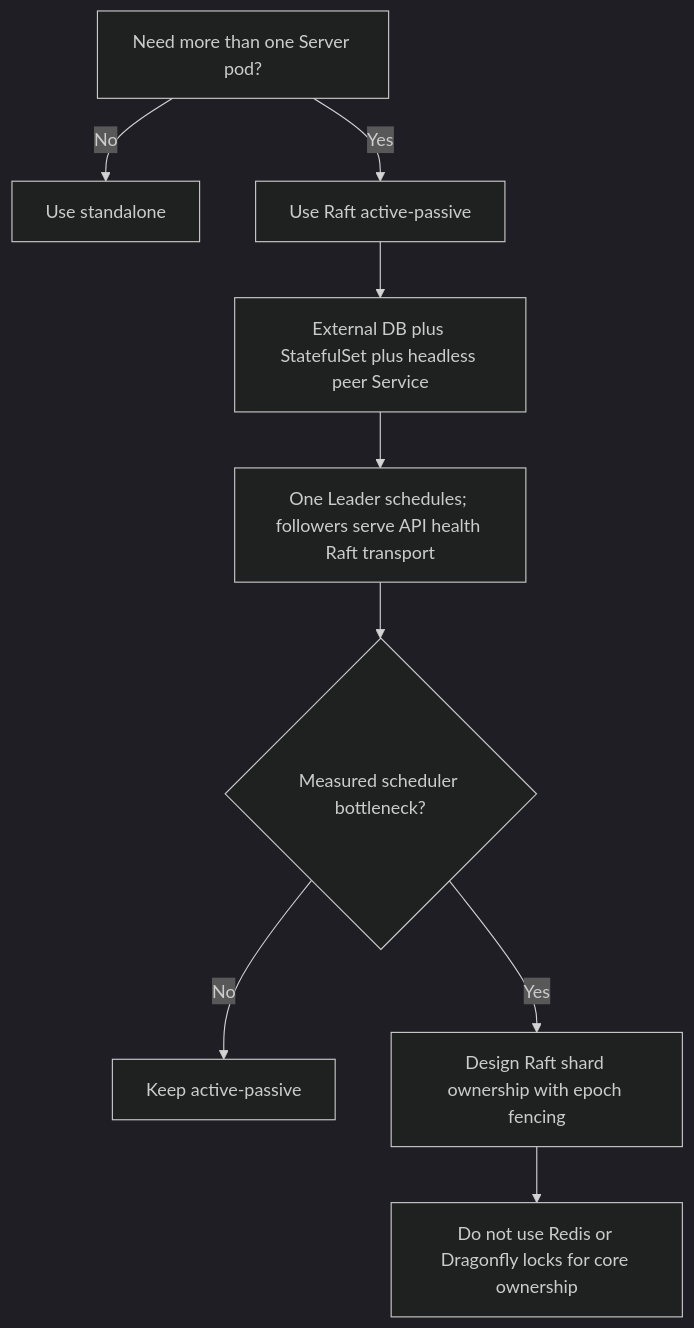
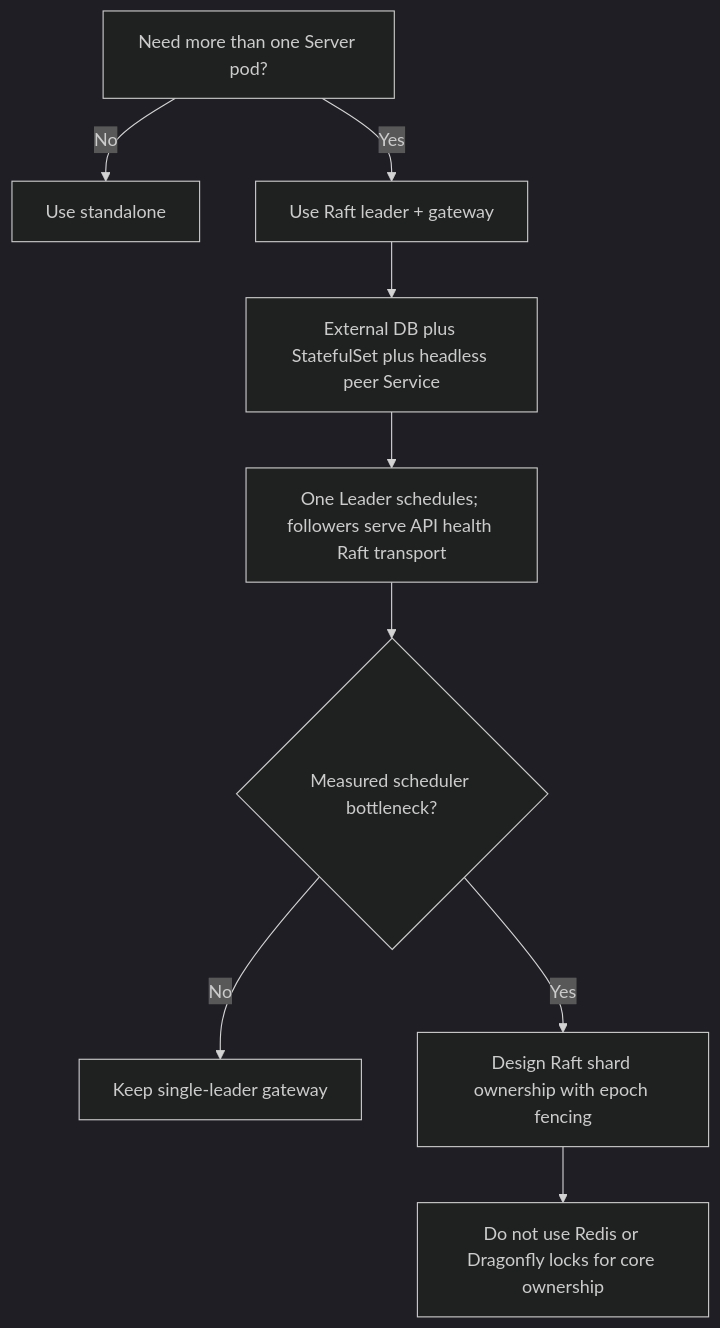
One commit to yhyzgn/tikeo changed the third of 4 diagrams in docs/docs/deployment/server-ha.md. Above: the diagram before and after it, drawn with Mermaid (dark theme). The commit also changed other lines of this file and 29 other files, not shown here.

````diff
--- a/docs/docs/deployment/server-ha.md
+++ b/docs/docs/deployment/server-ha.md
@@ -85,11 +85,11 @@
 ```mermaid
 flowchart TD
   A[Need more than one Server pod?] -->|No| B[Use standalone]
-  A -->|Yes| C[Use Raft active-passive]
+  A -->|Yes| C[Use Raft leader + gateway]
   C --> D[External DB plus StatefulSet plus headless peer Service]
   D --> E[One Leader schedules; followers serve API health Raft transport]
   E --> F{Measured scheduler bottleneck?}
-  F -->|No| G[Keep active-passive]
+  F -->|No| G[Keep single-leader gateway]
   F -->|Yes| H[Design Raft shard ownership with epoch fencing]
   H --> I[Do not use Redis or Dragonfly locks for core ownership]
 ```
````
